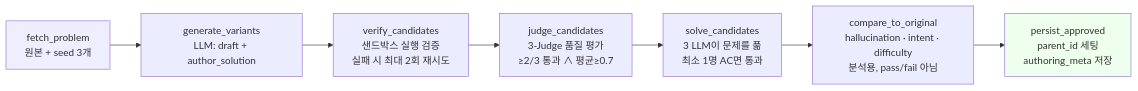
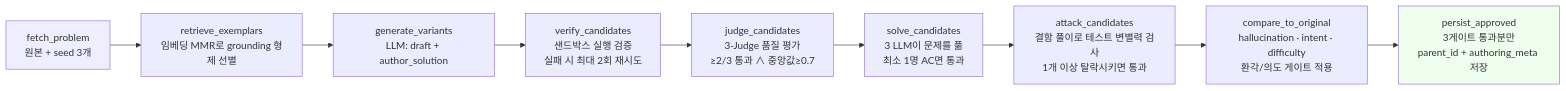
One commit to JBNU-CILAB/JCodeQuest changed the third of 4 diagrams in docs/presentation.md. Above: the diagram before and after it, drawn with Mermaid. The commit also changed 64 other files, not shown here.

````diff
--- a/docs/presentation.md
+++ b/docs/presentation.md
@@ -219,12 +219,14 @@
 ```mermaid
 flowchart LR
-    A[fetch_problem<br/>원본 + seed 3개] --> B[generate_variants<br/>LLM: draft + author_solution]
+    A[fetch_problem<br/>원본 + seed 3개] --> R[retrieve_exemplars<br/>임베딩 MMR로 grounding 형제 선별]
+    R --> B[generate_variants<br/>LLM: draft + author_solution]
     B --> C[verify_candidates<br/>샌드박스 실행 검증<br/>실패 시 최대 2회 재시도]
-    C --> D[judge_candidates<br/>3-Judge 품질 평가<br/>≥2/3 통과 ∧ 평균≥0.7]
+    C --> D[judge_candidates<br/>3-Judge 품질 평가<br/>≥2/3 통과 ∧ 중앙값≥0.7]
     D --> E[solve_candidates<br/>3 LLM이 문제를 풂<br/>최소 1명 AC면 통과]
-    E --> F[compare_to_original<br/>hallucination · intent · difficulty<br/>분석용, pass/fail 아님]
-    F --> G[persist_approved<br/>parent_id 세팅<br/>authoring_meta 저장]
+    E --> H[attack_candidates<br/>결함 풀이로 테스트 변별력 검사<br/>1개 이상 탈락시키면 통과]
+    H --> F[compare_to_original<br/>hallucination · intent · difficulty<br/>환각/의도 게이트 적용]
+    F --> G[persist_approved<br/>3게이트 통과분만<br/>parent_id + authoring_meta 저장]
 
     style A fill:#eef
     style G fill:#efe
 ```
````
